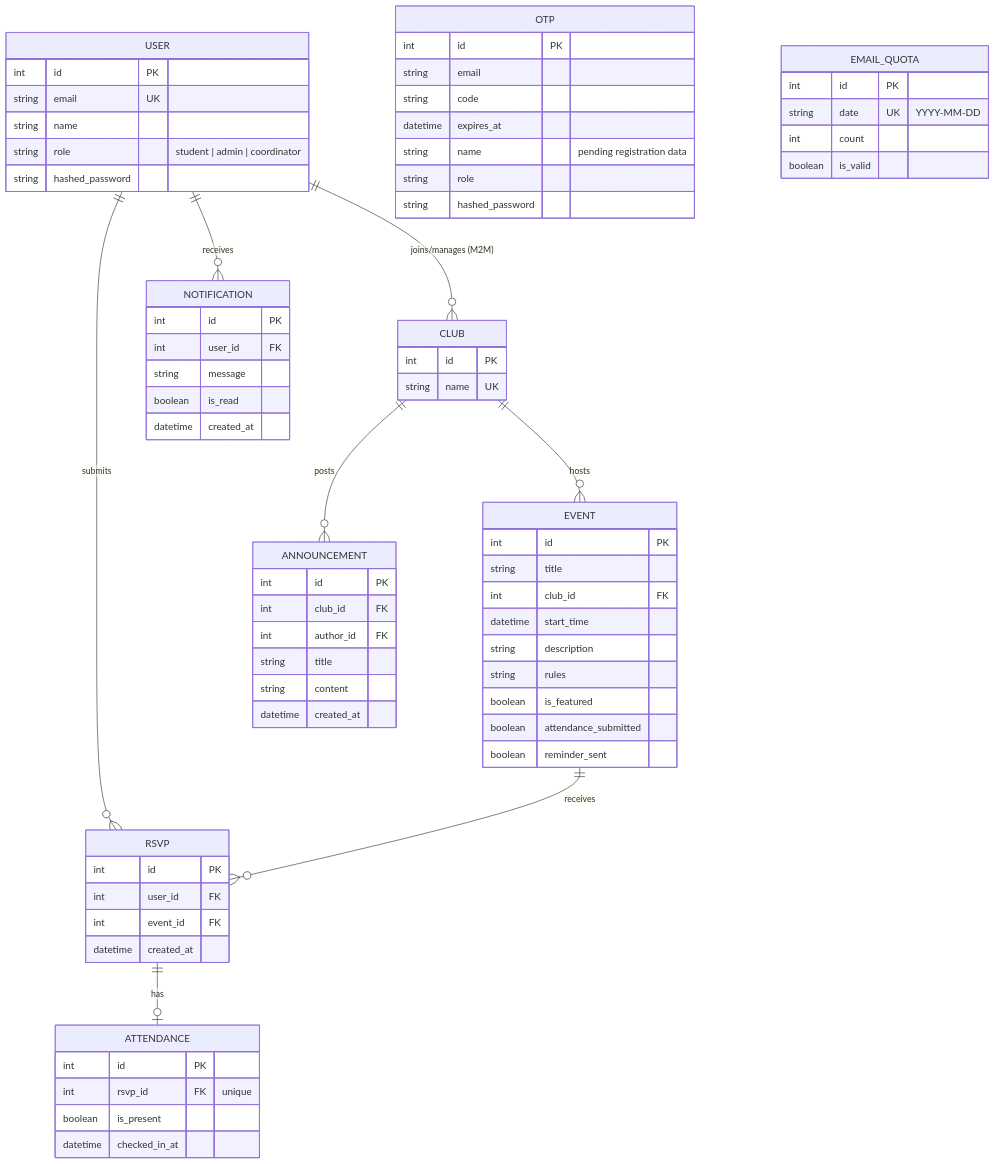
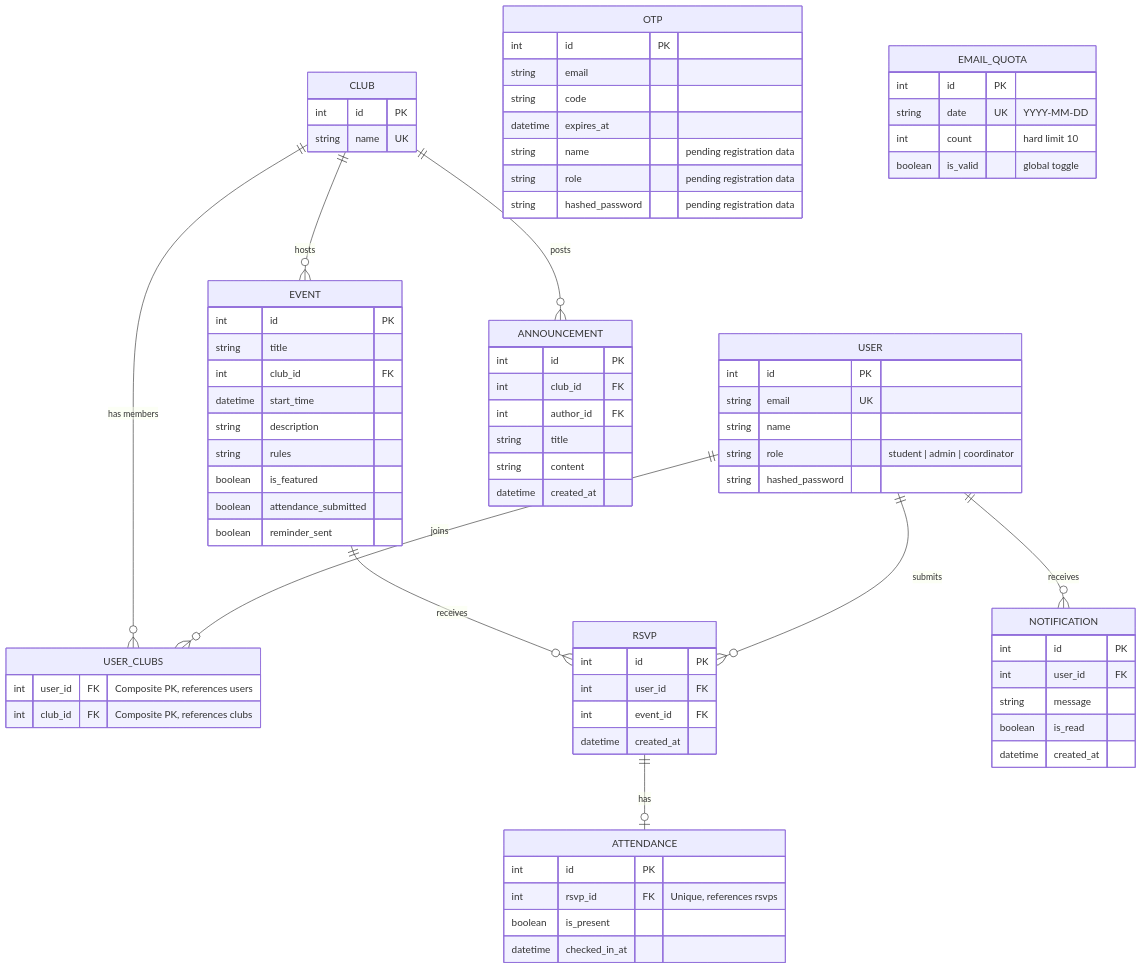
The second of 2 diagrams in README.md (Dhruv-Puri/2nd-year-Internship), drawn with Mermaid before and after one commit. The commit also changed other lines of this file, not shown here.

````diff
--- a/README.md
+++ b/README.md
@@ -409,75 +411,80 @@
 ```mermaid
 erDiagram
     USER {
         int id PK
         string email UK
         string name
         string role "student | admin | coordinator"
         string hashed_password
     }
     CLUB {
         int id PK
         string name UK
+    }
+    USER_CLUBS {
+        int user_id FK "Composite PK, references users"
+        int club_id FK "Composite PK, references clubs"
     }
     EVENT {
         int id PK
         string title
         int club_id FK
         datetime start_time
         string description
         string rules
         boolean is_featured
         boolean attendance_submitted
         boolean reminder_sent
     }
     RSVP {
         int id PK
         int user_id FK
         int event_id FK
         datetime created_at
     }
     ATTENDANCE {
         int id PK
-        int rsvp_id FK "unique"
+        int rsvp_id FK "Unique, references rsvps"
         boolean is_present
         datetime checked_in_at
     }
     OTP {
         int id PK
         string email
         string code
         datetime expires_at
         string name "pending registration data"
-        string role
-        string hashed_password
+        string role "pending registration data"
+        string hashed_password "pending registration data"
     }
     NOTIFICATION {
         int id PK
         int user_id FK
         string message
         boolean is_read
         datetime created_at
     }
     ANNOUNCEMENT {
         int id PK
         int club_id FK
         int author_id FK
         string title
         string content
         datetime created_at
     }
     EMAIL_QUOTA {
         int id PK
         string date UK "YYYY-MM-DD"
-        int count
-        boolean is_valid
+        int count "hard limit 10"
+        boolean is_valid "global toggle"
     }
 
-    USER ||--o{ CLUB : "joins/manages (M2M)"
+    USER ||--o{ USER_CLUBS : "joins"
+    CLUB ||--o{ USER_CLUBS : "has members"
     CLUB ||--o{ EVENT : "hosts"
     USER ||--o{ RSVP : "submits"
     EVENT ||--o{ RSVP : "receives"
     RSVP ||--o| ATTENDANCE : "has"
     USER ||--o{ NOTIFICATION : "receives"
     CLUB ||--o{ ANNOUNCEMENT : "posts"
 ```
````
